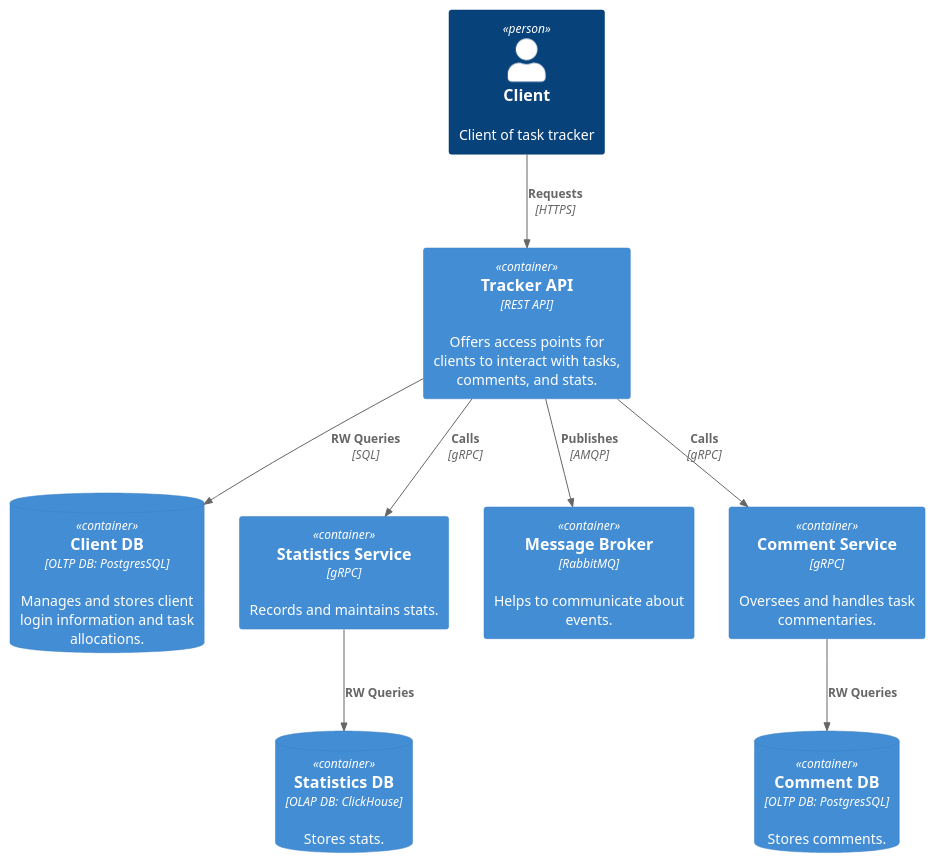
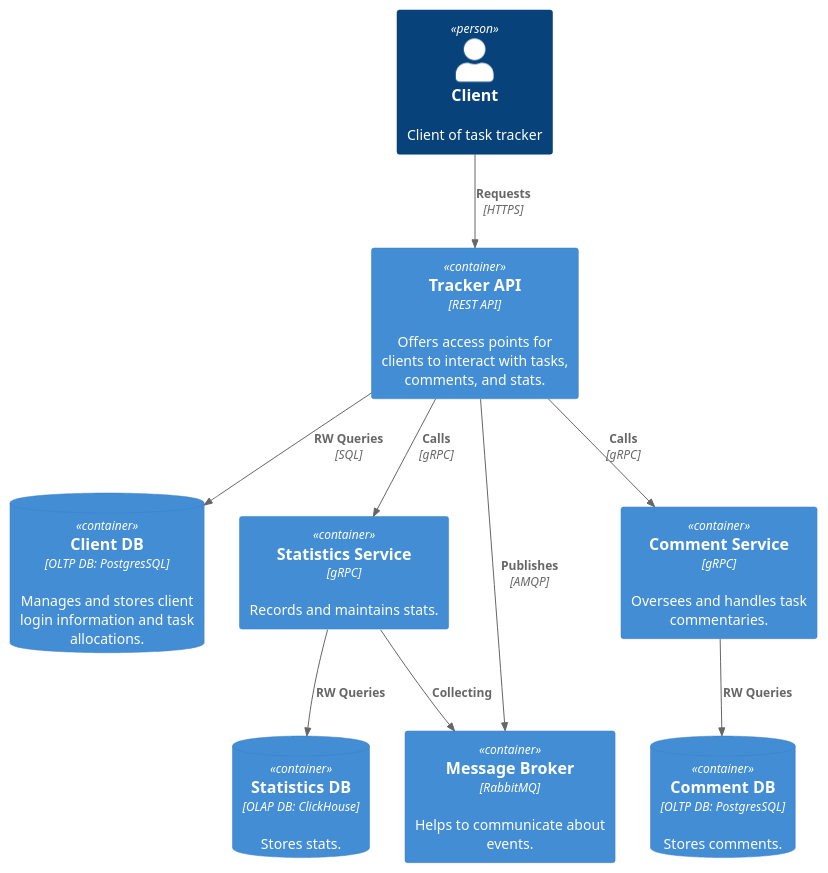
Before and after one commit to pashandor789/soya: the diagram in docs/c4_containers_diagram.puml, drawn with PlantUML. The commit also changed 1 other file, not shown here.

```diff
--- a/docs/c4_containers_diagram.puml
+++ b/docs/c4_containers_diagram.puml
@@ -1,22 +1,24 @@
 @startuml c4_containers_diagram
 !include https://raw.githubusercontent.com/plantuml-stdlib/C4-PlantUML/latest/C4_Container.puml
 
 Person(client, "Client", "Client of task tracker")
 
 ContainerDb(statisticsDB, "Statistics DB", "OLAP DB: ClickHouse", "Stores stats.")
 ContainerDb(commentaryDatabase, "Comment DB", "OLTP DB: PostgresSQL", "Stores comments.")
 ContainerDb(clientDB, "Client DB", "OLTP DB: PostgresSQL", "Manages and stores client login information and task allocations.")
 
 Container(statisticsService, "Statistics Service", "gRPC", "Records and maintains stats.")
 Container(broker, "Message Broker", "RabbitMQ", "Helps to communicate about events.")
 Container(trackerAPI, "Tracker API", "REST API", "Offers access points for clients to interact with tasks, comments, and stats.")
 Container(commentaryService, "Comment Service", "gRPC", "Oversees and handles task commentaries.")
 
 Rel(client, trackerAPI, "Requests", "HTTPS")
 Rel(trackerAPI, clientDB, "RW Queries", "SQL")
 Rel(trackerAPI, commentaryService, "Calls", "gRPC")
 Rel(trackerAPI, statisticsService, "Calls", "gRPC")
 Rel(trackerAPI, broker, "Publishes", "AMQP")
 Rel(commentaryService, commentaryDatabase, "RW Queries")
 Rel(statisticsService, statisticsDB, "RW Queries")
+Rel(statisticsService, broker, "Collecting")
+
 @enduml
```
